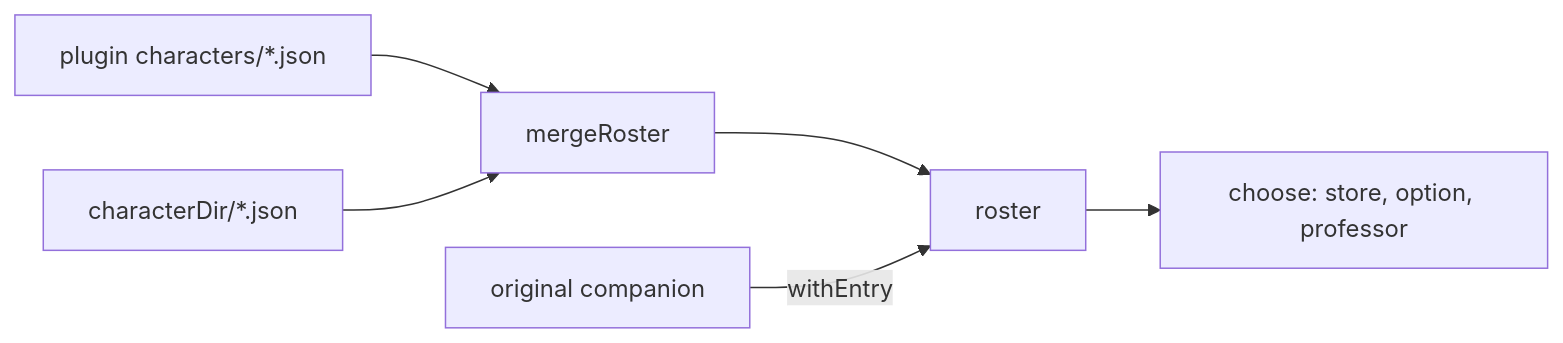
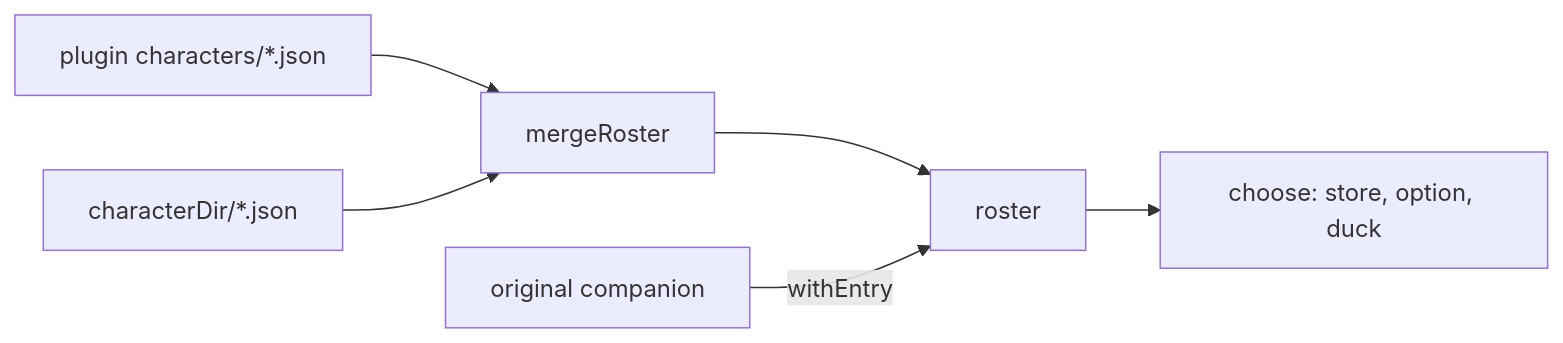
The diagram in docs/design/characters.md (nightcityblade/buddy), drawn with Mermaid before and after one commit. The commit also changed other lines of this file and 24 other files, not shown here.

````diff
--- a/docs/design/characters.md
+++ b/docs/design/characters.md
@@ -45,8 +45,8 @@
 ```mermaid
 flowchart LR
   S["plugin characters/*.json"] --> M["mergeRoster"]
   U["characterDir/*.json"] --> M
   M --> R["roster"]
   O["original companion"] -->|withEntry| R
-  R --> C["choose: store, option, professor"]
+  R --> C["choose: store, option, duck"]
 ```
````
